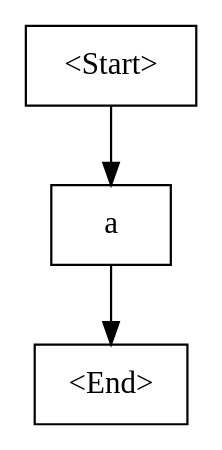
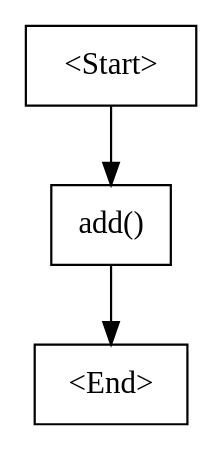
Before and after one commit to Aylin-ai/CompilerCSharp: the diagram in InterpreterCSharp/bin/Debug/net8.0/cfg.dot, drawn with Graphviz. The commit also changed 41 other files, not shown here.

```diff
--- a/InterpreterCSharp/bin/Debug/net8.0/cfg.dot
+++ b/InterpreterCSharp/bin/Debug/net8.0/cfg.dot
@@ -1,7 +1,7 @@
 digraph G {
     N0 [label = "<Start>", shape = box]
-    N1 [label = "a", shape = box]
+    N1 [label = "add()", shape = box]
     N2 [label = "<End>", shape = box]
     N0 -> N1 [label = ""]
     N1 -> N2 [label = ""]
 }
```
